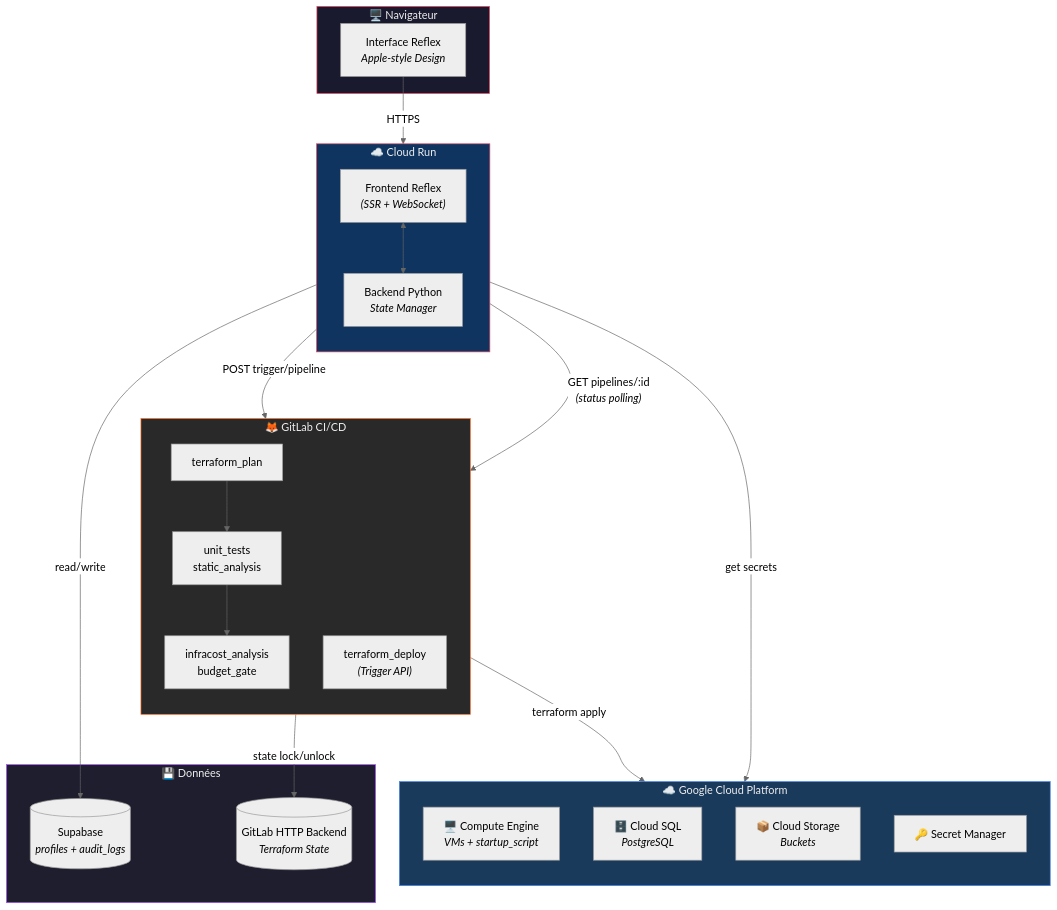
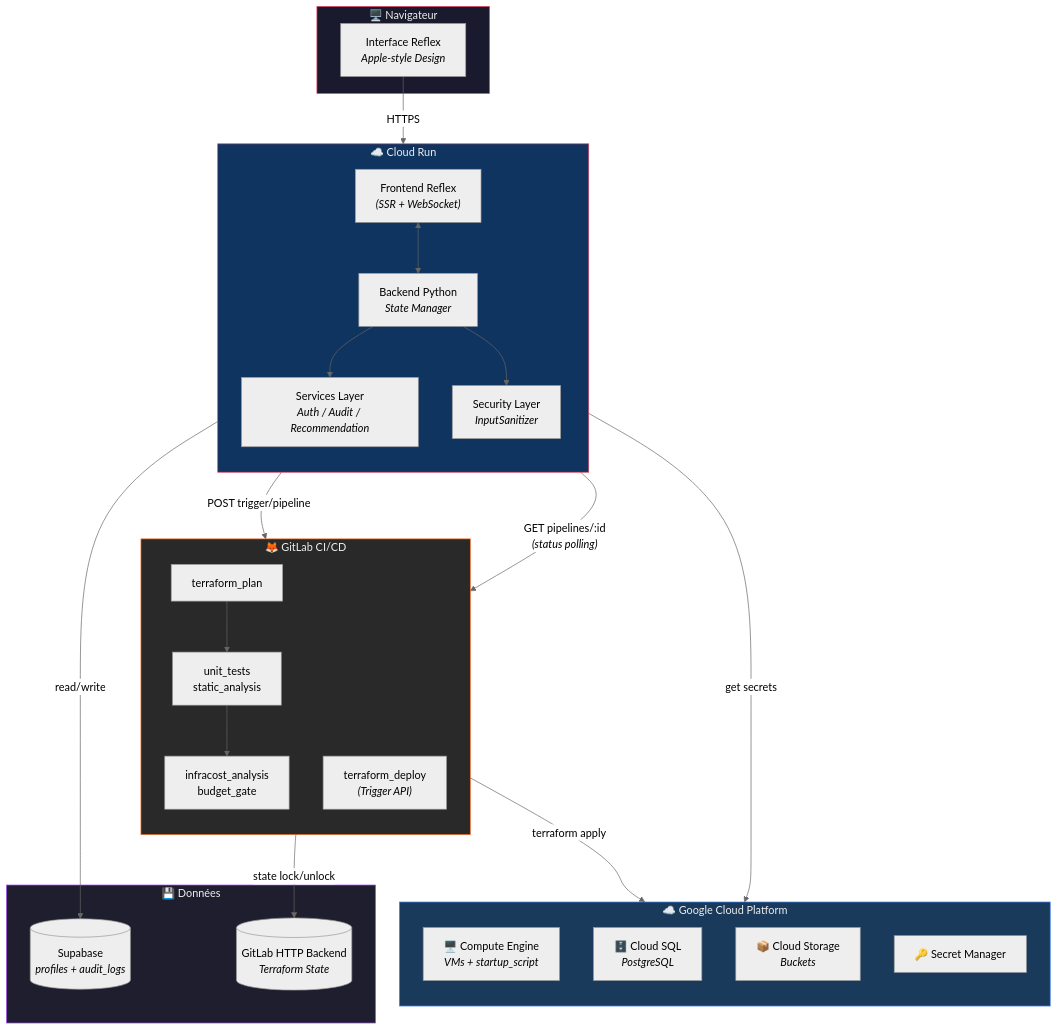
One commit to HichOps/EcoArch changed the first of 6 diagrams in README.md. Above: the diagram before and after it, drawn with Mermaid (neutral theme). The commit also changed other lines of this file and 7 other files, not shown here.

````diff
--- a/README.md
+++ b/README.md
@@ -36,49 +40,53 @@
 ```mermaid
 graph TB
     subgraph CLIENT["🖥️ Navigateur"]
         UI["Interface Reflex<br/><i>Apple-style Design</i>"]
     end
 
     subgraph CLOUDRUN["☁️ Cloud Run"]
         direction TB
         FE["Frontend Reflex<br/><i>(SSR + WebSocket)</i>"]
         BE["Backend Python<br/><i>State Manager</i>"]
+        SVC["Services Layer<br/><i>Auth / Audit / Recommendation</i>"]
+        SEC["Security Layer<br/><i>InputSanitizer</i>"]
         FE <--> BE
+        BE --> SVC
+        BE --> SEC
     end
 
     subgraph GITLAB["🦊 GitLab CI/CD"]
         direction TB
         PLAN["terraform_plan"]
         TEST["unit_tests<br/>static_analysis"]
         FINOPS["infracost_analysis<br/>budget_gate"]
         DEPLOY["terraform_deploy<br/><i>(Trigger API)</i>"]
     end
 
     subgraph GCP["☁️ Google Cloud Platform"]
         direction TB
         VM["🖥️ Compute Engine<br/><i>VMs + startup_script</i>"]
         SQL["🗄️ Cloud SQL<br/><i>PostgreSQL</i>"]
         GCS["📦 Cloud Storage<br/><i>Buckets</i>"]
         SM["🔑 Secret Manager"]
     end
 
     subgraph DATA["💾 Données"]
         SUPA[("Supabase<br/><i>profiles + audit_logs</i>")]
         TFSTATE[("GitLab HTTP Backend<br/><i>Terraform State</i>")]
     end
 
     UI -- "HTTPS" --> FE
     BE -- "POST trigger/pipeline" --> GITLAB
     BE -- "GET pipelines/:id<br/><i>(status polling)</i>" --> GITLAB
     DEPLOY -- "terraform apply" --> GCP
-    BE -- "read/write" --> SUPA
-    BE -- "get secrets" --> SM
+    SVC -- "read/write" --> SUPA
+    SVC -- "get secrets" --> SM
     GITLAB -- "state lock/unlock" --> TFSTATE
     PLAN --> TEST --> FINOPS
 
     style CLIENT fill:#1a1a2e,stroke:#e94560,color:#eee
     style CLOUDRUN fill:#0f3460,stroke:#e94560,color:#eee
     style GITLAB fill:#292929,stroke:#fc6d26,color:#eee
     style GCP fill:#1a3a5c,stroke:#4285f4,color:#eee
     style DATA fill:#1e1e2e,stroke:#a855f7,color:#eee
 ```
````
